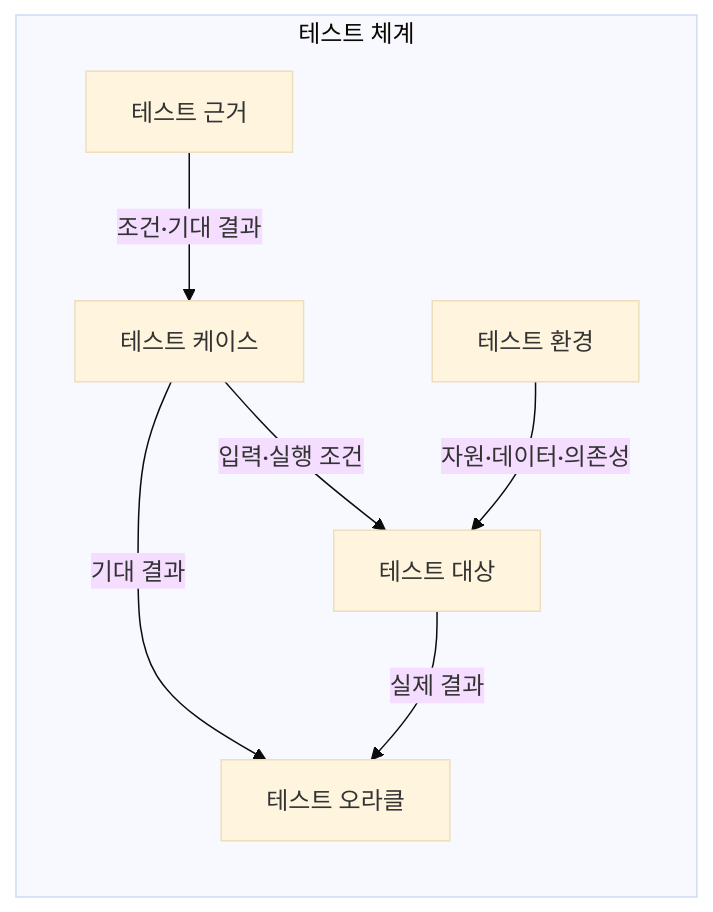
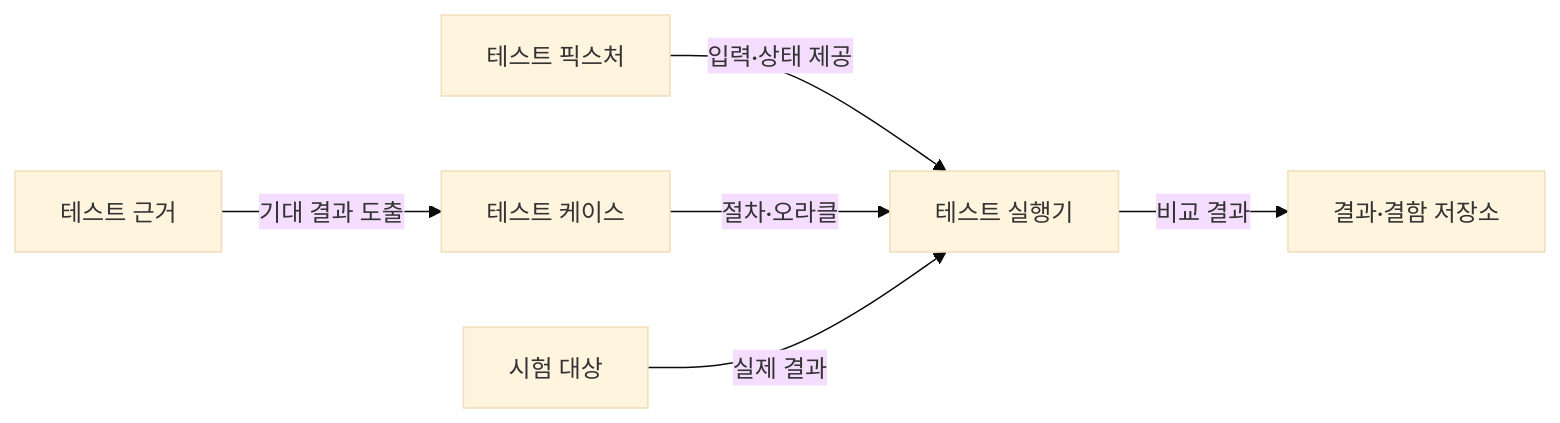
Before and after one commit to agnusdei1207/knowledge-base: the first of 2 diagrams in src/content/docs/notes/03-software/058_software_testing.md, drawn with Mermaid (base theme). The commit also changed other lines of this file and 7 other files, not shown here.

````diff
--- a/src/content/docs/notes/03-software/058_software_testing.md
+++ b/src/content/docs/notes/03-software/058_software_testing.md
@@ -61,15 +55,8 @@
 ```mermaid
 flowchart LR
-    subgraph T[테스트 체계]
-        B[테스트 근거]
-        C[테스트 케이스]
-        S[테스트 대상]
-        E[테스트 환경]
-        O[테스트 오라클]
-        B -->|조건·기대 결과| C
-        C -->|입력·실행 조건| S
-        E -->|자원·데이터·의존성| S
-        S -->|실제 결과| O
-        C -->|기대 결과| O
-    end
+    B[테스트 근거] -->|기대 결과 도출| C[테스트 케이스]
+    F[테스트 픽스처] -->|입력·상태 제공| X[테스트 실행기]
+    C -->|절차·오라클| X
+    S[시험 대상] -->|실제 결과| X
+    X -->|비교 결과| R[결과·결함 저장소]
 ```
````
